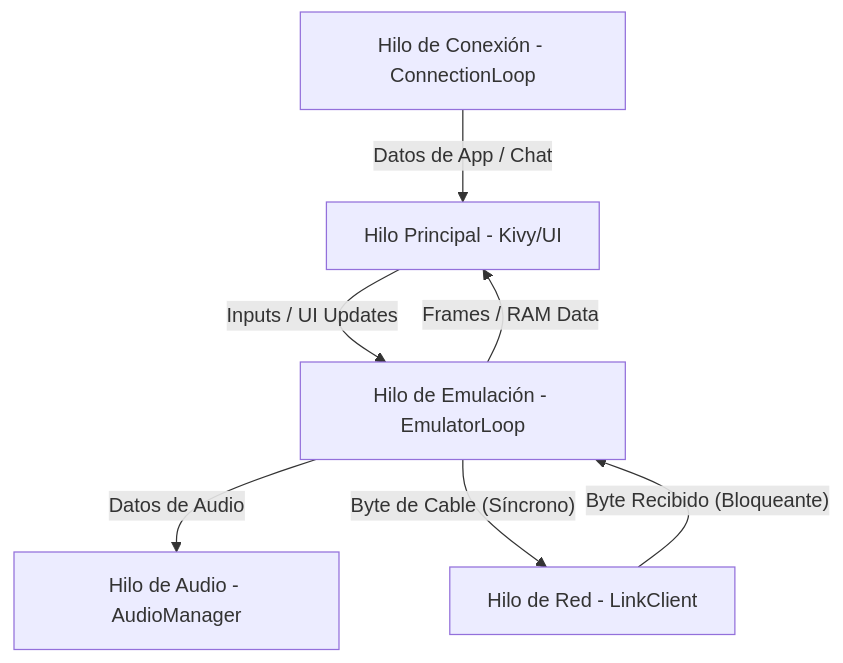
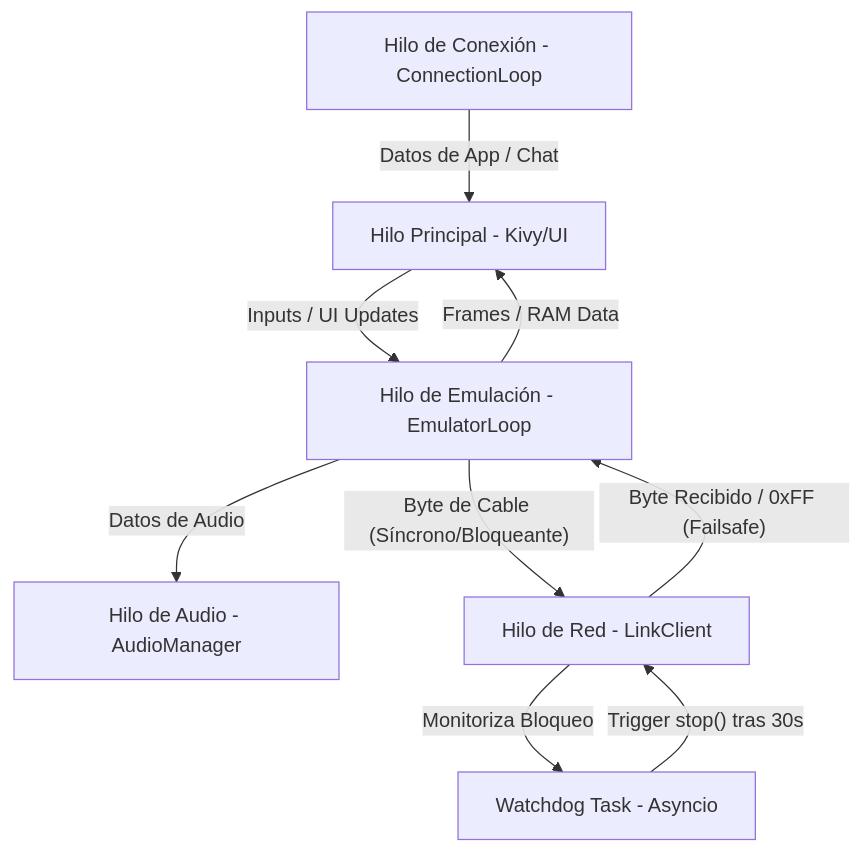
Before and after one commit to sergiomele97/Linked_crystal_monorepo: the diagram in .github/devex/docs/02_Threading_model.md, drawn with Mermaid. The commit also changed other lines of this file, not shown here.

Commit message:
update wiki threading model

````diff
--- a/.github/devex/docs/02_Threading_model.md
+++ b/.github/devex/docs/02_Threading_model.md
@@ -9,15 +9,18 @@
 ```mermaid
 graph TD
     UI[Hilo Principal - Kivy/UI]
     EMU[Hilo de Emulación - EmulatorLoop]
     AUDIO[Hilo de Audio - AudioManager]
     LINK[Hilo de Red - LinkClient]
     CONN[Hilo de Conexión - ConnectionLoop]
+    WD[Watchdog Task - Asyncio]
 
     UI -- "Inputs / UI Updates" --> EMU
     EMU -- "Frames / RAM Data" --> UI
     EMU -- "Datos de Audio" --> AUDIO
-    EMU -- "Byte de Cable (Síncrono)" --> LINK
-    LINK -- "Byte Recibido (Bloqueante)" --> EMU
+    EMU -- "Byte de Cable (Síncrono/Bloqueante)" --> LINK
+    LINK -- "Byte Recibido / 0xFF (Failsafe)" --> EMU
+    LINK -- "Monitoriza Bloqueo" --> WD
+    WD -- "Trigger stop() tras 30s" --> LINK
     CONN -- "Datos de App / Chat" --> UI
 ```
````
